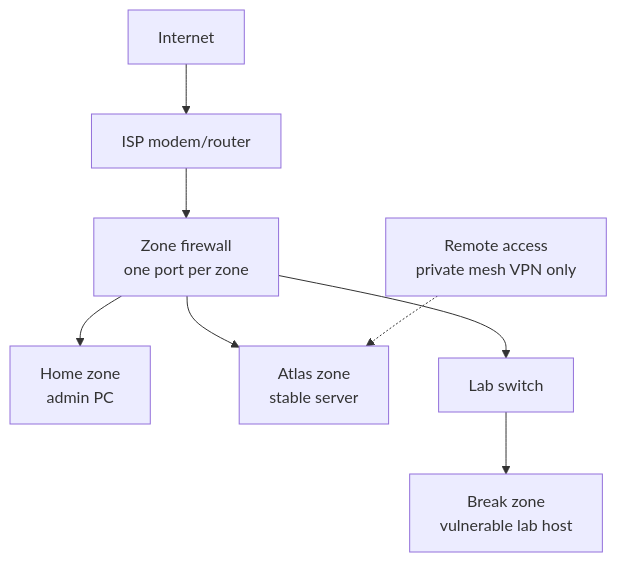
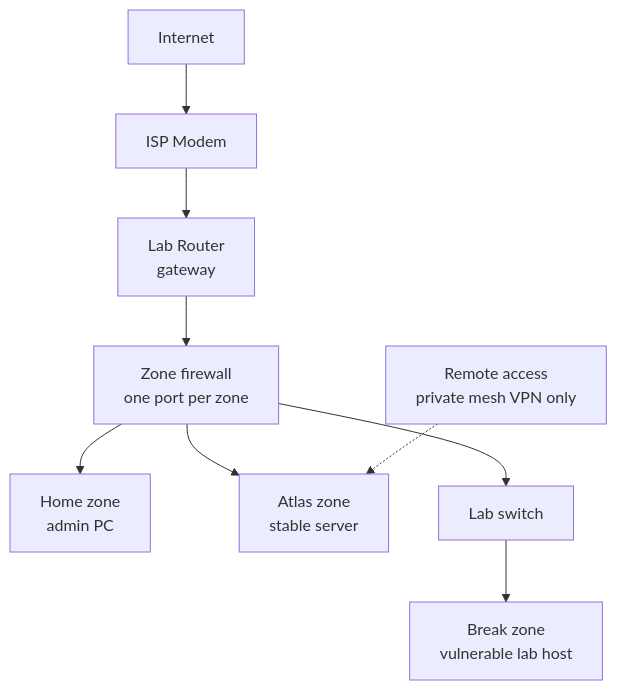
One commit to ralph-uy-aes/janus-lab changed the diagram in README.md. Above: the diagram before and after it, drawn with Mermaid. The commit also changed other lines of this file and 6 other files, not shown here.

````diff
--- a/README.md
+++ b/README.md
@@ -55,10 +56,11 @@
 ```mermaid
 flowchart TD
-    NET[Internet] --> GW["ISP modem/router"]
-    GW --> FW["Zone firewall<br/>one port per zone"]
+    NET[Internet] --> MODEM["ISP Modem"]
+    MODEM --> ROUTER["Lab Router<br/>gateway"]
+    ROUTER --> FW["Zone firewall<br/>one port per zone"]
     FW --> HOME["Home zone<br/>admin PC"]
     FW --> ATLAS["Atlas zone<br/>stable server"]
     FW --> SW["Lab switch"]
     SW --> BREAK["Break zone<br/>vulnerable lab host"]
     REMOTE["Remote access<br/>private mesh VPN only"] -.-> ATLAS
 ```
````
